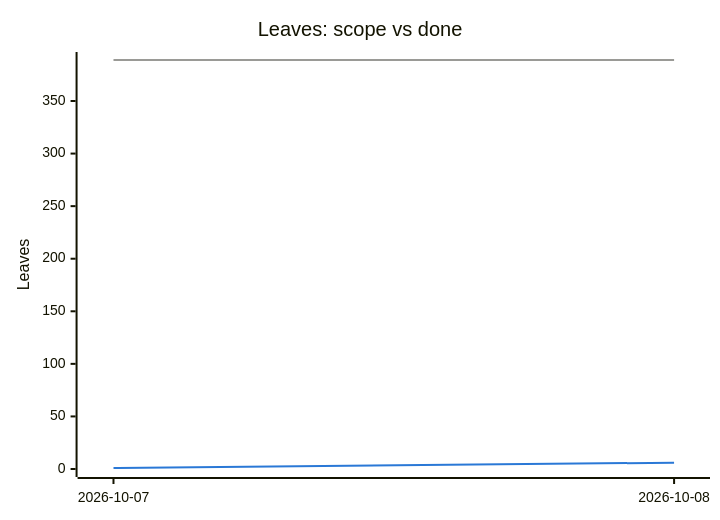
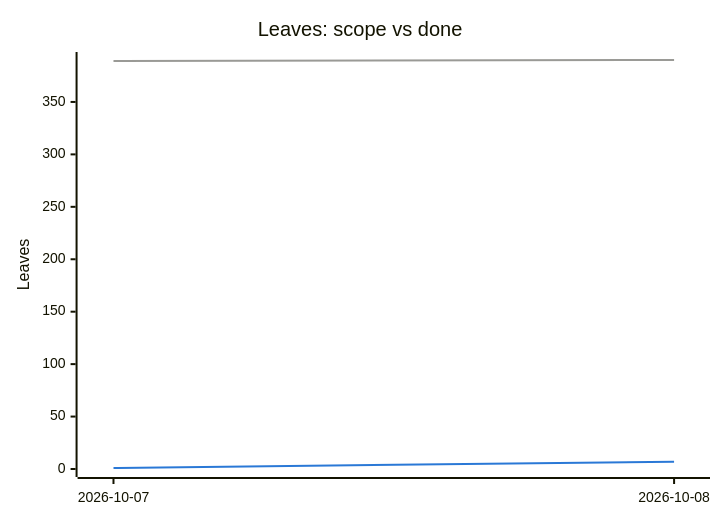
Before and after one commit to tomiok/persiaDB: the second of 2 diagrams in PROGRESS.md, drawn with Mermaid. The commit also changed other lines of this file and 3 other files, not shown here.

````diff
--- a/PROGRESS.md
+++ b/PROGRESS.md
@@ -107,14 +106,14 @@
 ```mermaid
 ---
 config:
   themeVariables:
     xyChart:
       plotColorPalette: "#9a9a96, #2a78d6"
 ---
 xychart-beta
   title "Leaves: scope vs done"
   x-axis ["2026-10-07", "2026-10-08"]
-  y-axis "Leaves" 0 --> 389
-  line [389, 389]
-  line [1, 6]
+  y-axis "Leaves" 0 --> 390
+  line [389, 390]
+  line [1, 7]
 ```
````
